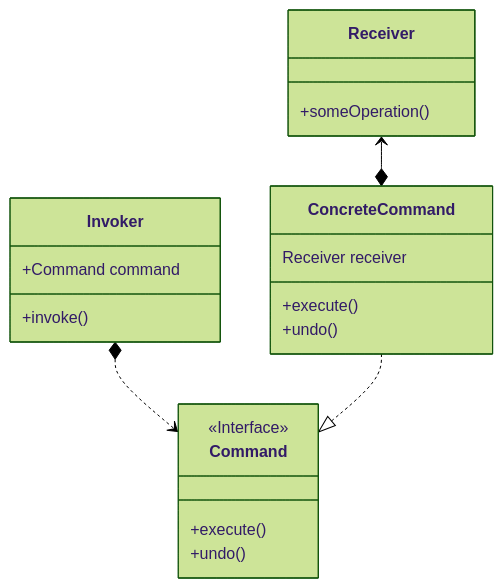
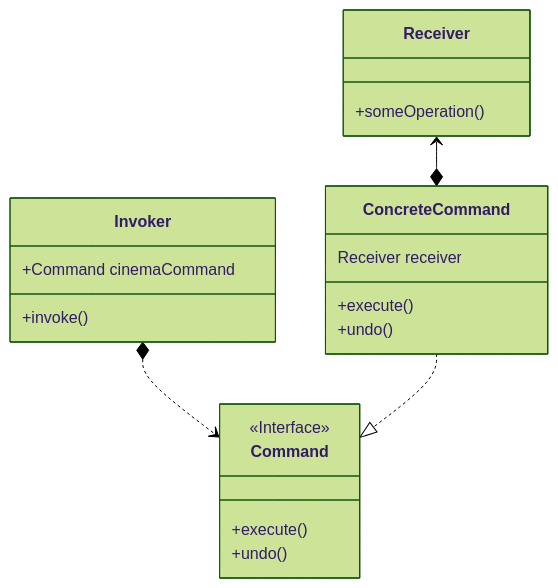
One commit to wangy325/snipy changed the diagram in java/src/designpattern/behavioral/command/zypher.md. Above: the diagram before and after it, drawn with Mermaid (forest theme). The commit also changed 41 other files, not shown here.

````diff
--- a/java/src/designpattern/behavioral/command/zypher.md
+++ b/java/src/designpattern/behavioral/command/zypher.md
@@ -20,24 +20,24 @@
 ```mermaid
 classDiagram
 
 class Invoker {
-    +Command command
+    +Command cinemaCommand
     +invoke()
 }
 Invoker *..> Command
 class Command {
     <<Interface>>
     +execute()
     +undo()
 }
 ConcreteCommand ..|> Command
 class ConcreteCommand {
     Receiver receiver
     +execute()
     +undo()
 }
 Receiver <--* ConcreteCommand
 class Receiver {
     +someOperation()
 }
 ```
````
